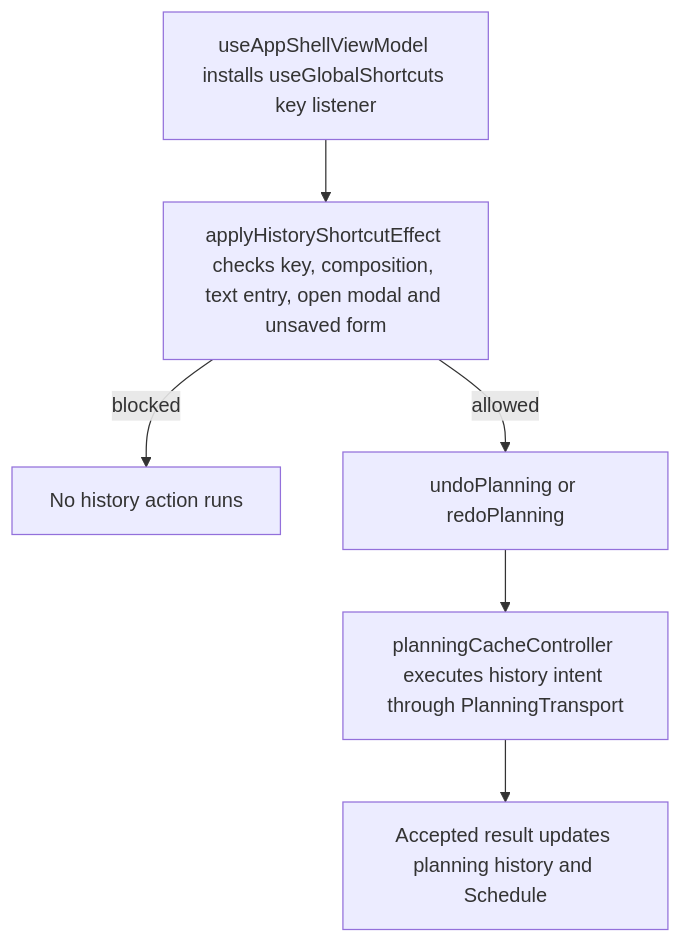
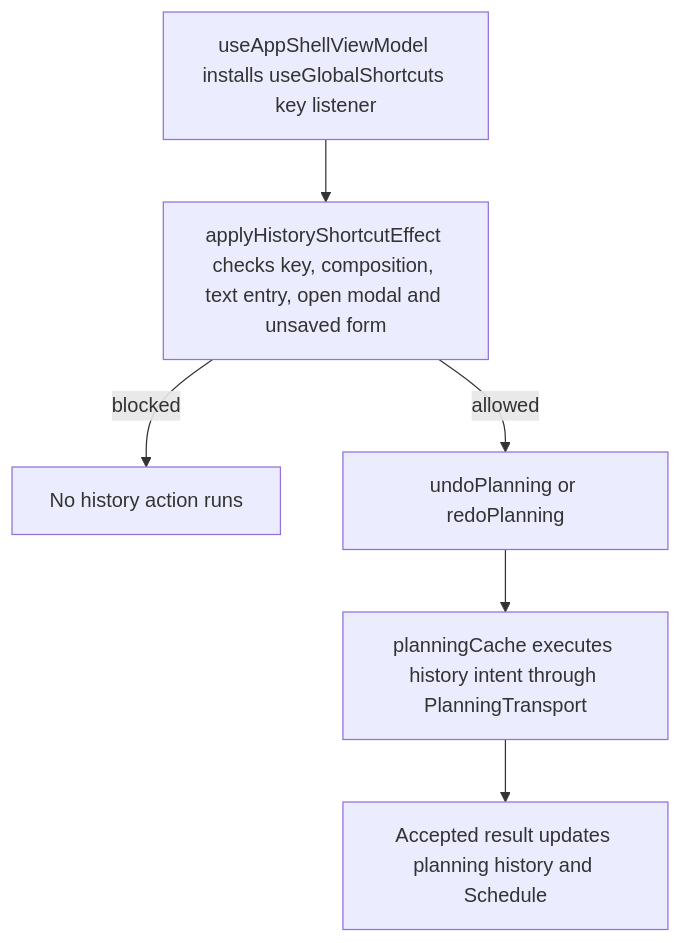
Before and after one commit to Kevinjohn/capacitylens: the second of 2 diagrams in user-stories/toolbar/US-TBR-07-undo-redo-keyboard.md, drawn with Mermaid. The commit also changed other lines of this file and 117 other files, not shown here.

First line of the commit message:
Planning cache: rename the planning cache controller family

````diff
--- a/user-stories/toolbar/US-TBR-07-undo-redo-keyboard.md
+++ b/user-stories/toolbar/US-TBR-07-undo-redo-keyboard.md
@@ -33,8 +33,8 @@
 ```mermaid
 flowchart TD
   A["useAppShellViewModel installs useGlobalShortcuts key listener"] --> B["applyHistoryShortcutEffect checks key, composition, text entry, open modal and unsaved form"]
   B -->|blocked| C["No history action runs"]
   B -->|allowed| D["undoPlanning or redoPlanning"]
-  D --> E["planningCacheController executes history intent through PlanningTransport"]
+  D --> E["planningCache executes history intent through PlanningTransport"]
   E --> F["Accepted result updates planning history and Schedule"]
 ```
````
